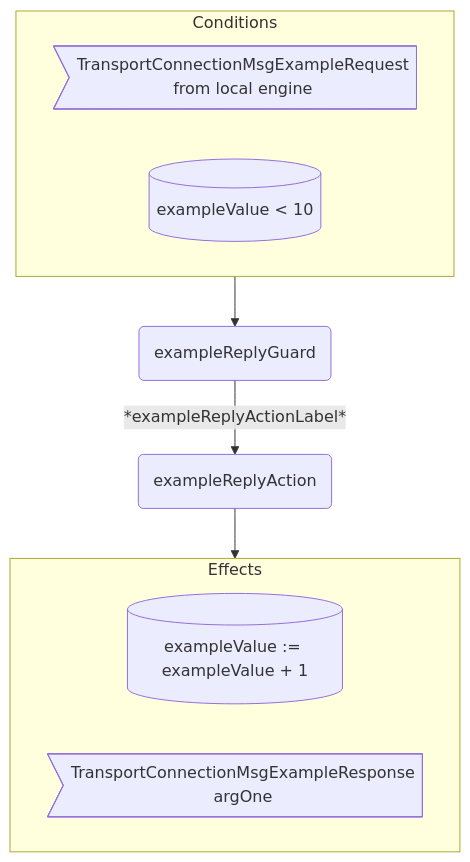
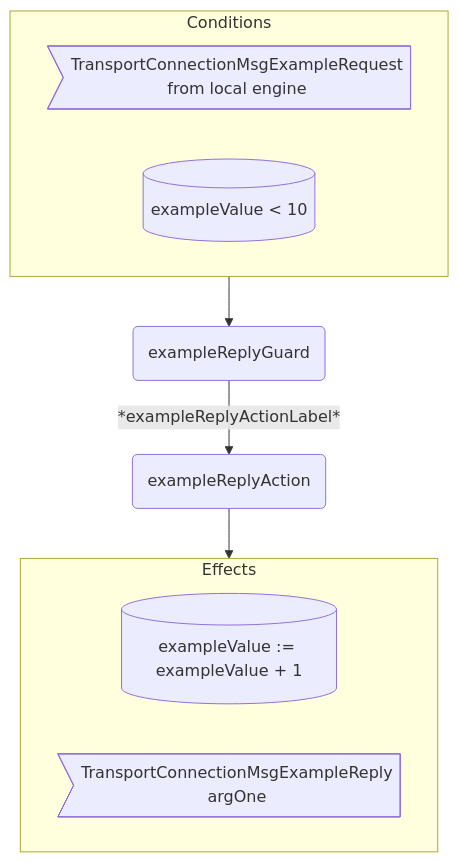
Before and after one commit to anoma/nspec: the diagram in docs/arch/node/net/transport_connection_behaviour.juvix.md, drawn with Mermaid. The commit also changed other lines of this file and 37 other files, not shown here.

Commit message:
Renamed all instances of "Response" to "Reply" in message interfaces for consistency across commitment, decryption, identity management, and other engines.

````diff
--- a/docs/arch/node/net/transport_connection_behaviour.juvix.md
+++ b/docs/arch/node/net/transport_connection_behaviour.juvix.md
@@ -310,17 +310,17 @@
 ```mermaid
 flowchart TD
   subgraph C[Conditions]
     CMsg>TransportConnectionMsgExampleRequest<br/>from local engine]
     CEnv[(exampleValue < 10)]
   end
 
   G(exampleReplyGuard)
   A(exampleReplyAction)
 
   C --> G -- *exampleReplyActionLabel* --> A --> E
 
   subgraph E[Effects]
     EEnv[(exampleValue := exampleValue + 1)]
-    EMsg>TransportConnectionMsgExampleResponse<br/>argOne]
+    EMsg>TransportConnectionMsgExampleReply<br/>argOne]
   end
 ```
````
